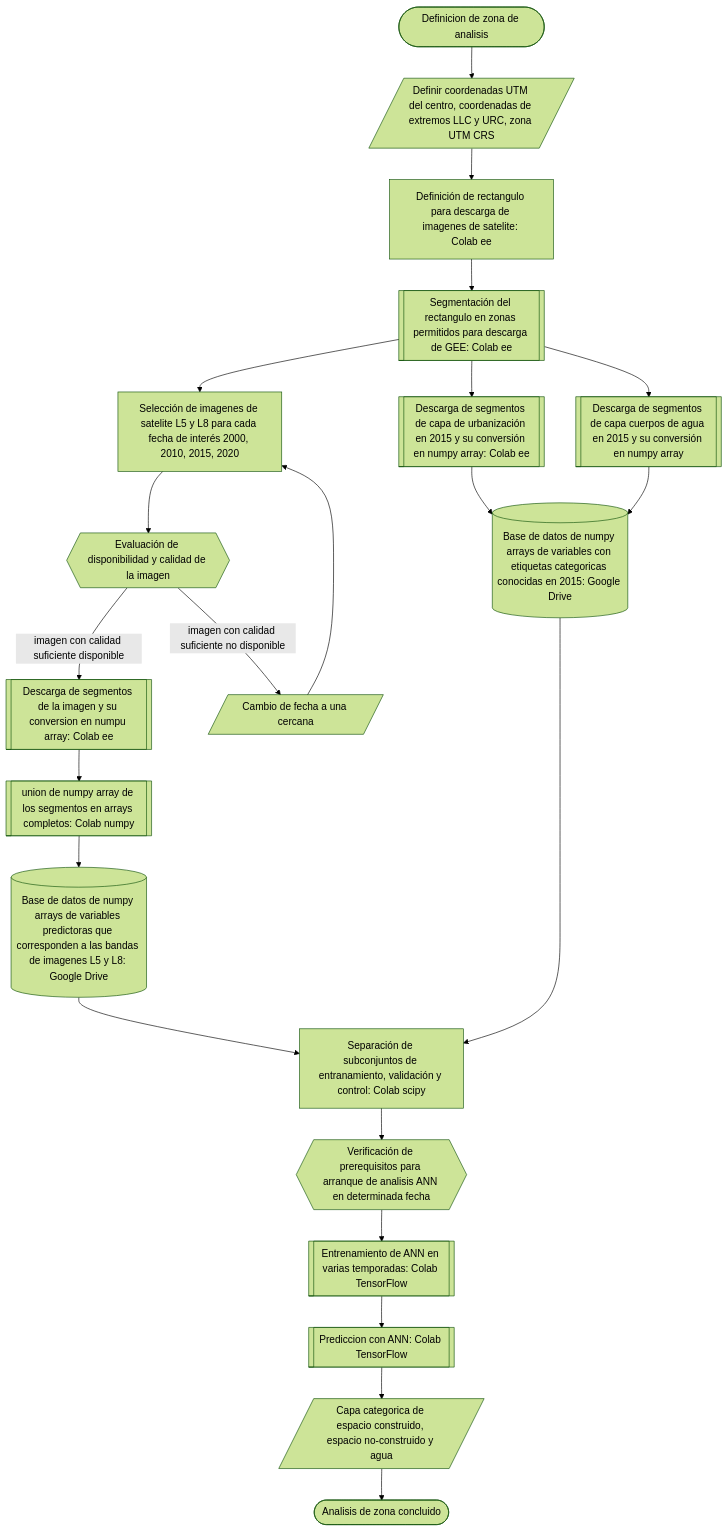
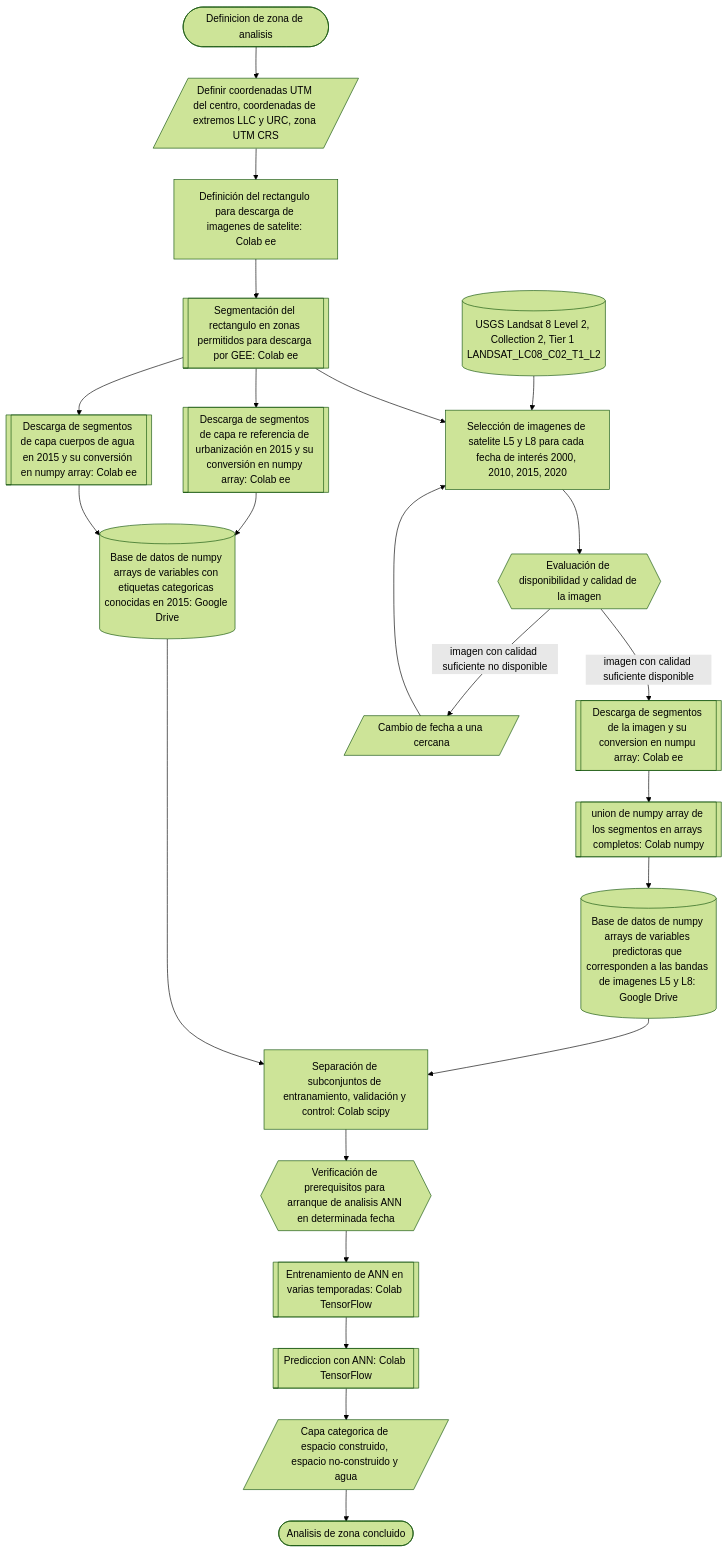
The diagram in AUEM/Esquemas/Esquema_de_procesos.mermaid (vshalisko/GEE), drawn with Mermaid (forest theme) before and after one commit.

```diff
--- a/AUEM/Esquemas/Esquema_de_procesos.mermaid
+++ b/AUEM/Esquemas/Esquema_de_procesos.mermaid
@@ -1,24 +1,25 @@
 flowchart TD
   A1([Definicion de zona de analisis])-->B1
   B1[/Definir coordenadas UTM del centro, coordenadas de extremos LLC y URC, zona UTM CRS/]-->C1
-  C1[Definición de rectangulo para descarga de imagenes de satelite: Colab ee]-->C2
-  C2[[Segmentación del rectangulo en zonas permitidos para descarga de GEE: Colab ee]]-->D1
+  C1[Definición del rectangulo para descarga de imagenes de satelite: Colab ee]-->C2
+  C2[[Segmentación del rectangulo en zonas permitidos para descarga por GEE: Colab ee]]-->D1
   C2-->C3
   C2-->C4
-  C3[[Descarga de segmentos de capa de urbanización en 2015 y su conversión en numpy array: Colab ee]]-->E4
-  C4[[Descarga de segmentos de capa cuerpos de agua en 2015 y su conversión en numpy array]]-->E4
+  C3[[Descarga de segmentos de capa re referencia de urbanización en 2015 y su conversión en numpy array: Colab ee]]-->E4
+  C4[[Descarga de segmentos de capa cuerpos de agua en 2015 y su conversión en numpy array: Colab ee]]-->E4
+  D01[(USGS Landsat 8 Level 2, Collection 2, Tier 1 LANDSAT_LC08_C02_T1_L2)]-->D1
   D1[Selección de imagenes de satelite L5 y L8 para cada fecha de interés 2000, 2010, 2015, 2020]-->D2
   D2{{Evaluación de disponibilidad y calidad de la imagen}}
   D2--imagen con calidad suficiente disponible-->E1
   D2--imagen con calidad suficiente no disponible-->D3
   D3[/Cambio de fecha a una cercana/]-->D1
   E1[[Descarga de segmentos de la imagen y su conversion en numpu array: Colab ee]]-->E2
   E2[[union de numpy array de los segmentos en arrays completos: Colab numpy]]-->E3
   E3[(Base de datos de numpy arrays de variables predictoras que corresponden a las bandas de imagenes L5 y L8: Google Drive)]-->F1
   E4[(Base de datos de numpy arrays de variables con etiquetas categoricas conocidas en 2015: Google Drive)]-->F1
   F1[Separación de subconjuntos de entranamiento, validación y control: Colab scipy]-->J1
   J1{{Verificación de prerequisitos para arranque de analisis ANN en determinada fecha}}-->K1
   K1[[Entrenamiento de ANN en varias temporadas: Colab TensorFlow]]-->K2
   K2[[Prediccion con ANN: Colab TensorFlow]]-->M1
   M1[/Capa categorica de espacio construido, espacio no-construido y agua/]-->Z1
   Z1([Analisis de zona concluido])
```
